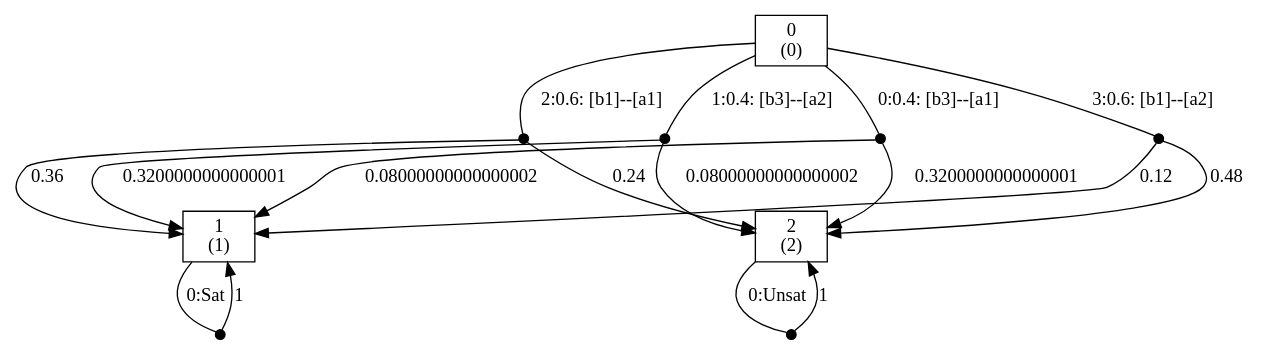
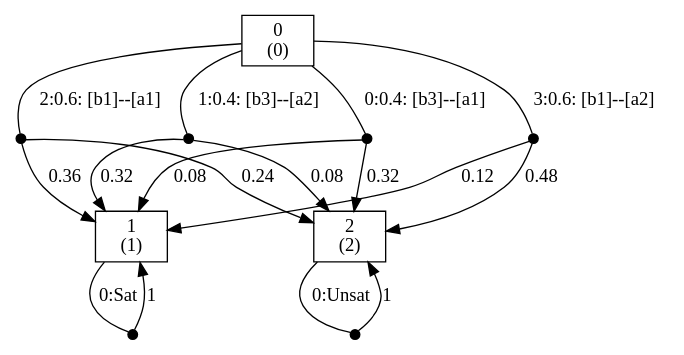
The diagram in prism-tests/functionality/export/strat/exportstrat-csg-min.prism.props.dot (prismmodelchecker/prism-games), drawn with Graphviz before and after one commit. The commit also changed 7 other files, not shown here.

```diff
--- a/prism-tests/functionality/export/strat/exportstrat-csg-min.prism.props.dot
+++ b/prism-tests/functionality/export/strat/exportstrat-csg-min.prism.props.dot
@@ -1,51 +1,51 @@
 digraph M {
 node [label="",shape="box"];
 0 [label="0\n(0)"];
 0 -> n0_0  [label="0:0.4: [b3]--[a1]",arrowhead="none"];
 n0_0 [ shape=point,width=0.1,height=0.1,label="" ];
-n0_0 -> 1 [label="0.08000000000000002"];
-n0_0 -> 2 [label="0.3200000000000001"];
+n0_0 -> 1 [label="0.08"];
+n0_0 -> 2 [label="0.32"];
 0 -> n0_1  [label="1:0.4: [b3]--[a2]",arrowhead="none"];
 n0_1 [ shape=point,width=0.1,height=0.1,label="" ];
-n0_1 -> 1 [label="0.3200000000000001"];
-n0_1 -> 2 [label="0.08000000000000002"];
+n0_1 -> 1 [label="0.32"];
+n0_1 -> 2 [label="0.08"];
 0 -> n0_2  [label="2:0.6: [b1]--[a1]",arrowhead="none"];
 n0_2 [ shape=point,width=0.1,height=0.1,label="" ];
 n0_2 -> 1 [label="0.36"];
 n0_2 -> 2 [label="0.24"];
 0 -> n0_3  [label="3:0.6: [b1]--[a2]",arrowhead="none"];
 n0_3 [ shape=point,width=0.1,height=0.1,label="" ];
 n0_3 -> 1 [label="0.12"];
 n0_3 -> 2 [label="0.48"];
 1 [label="1\n(1)"];
 1 -> n1_0  [label="0:Sat",arrowhead="none"];
 n1_0 [ shape=point,width=0.1,height=0.1,label="" ];
 n1_0 -> 1 [label="1"];
 2 [label="2\n(2)"];
 2 -> n2_0  [label="0:Unsat",arrowhead="none"];
 n2_0 [ shape=point,width=0.1,height=0.1,label="" ];
 n2_0 -> 2 [label="1"];
 }
 
 /*
  -- Transitions --  
 # Transitions (MDP)
 3 6 10
-0 0 1 0.08000000000000002 0.4: [b3]--[a1]
-0 0 2 0.3200000000000001 0.4: [b3]--[a1]
-0 1 1 0.3200000000000001 0.4: [b3]--[a2]
-0 1 2 0.08000000000000002 0.4: [b3]--[a2]
+0 0 1 0.08 0.4: [b3]--[a1]
+0 0 2 0.32 0.4: [b3]--[a1]
+0 1 1 0.32 0.4: [b3]--[a2]
+0 1 2 0.08 0.4: [b3]--[a2]
 0 2 1 0.36 0.6: [b1]--[a1]
 0 2 2 0.24 0.6: [b1]--[a1]
 0 3 1 0.12 0.6: [b1]--[a2]
 0 3 2 0.48 0.6: [b1]--[a2]
 1 0 1 1 Sat
 2 0 2 1 Unsat
 
  -- States --  
 # States
 (s)
 0:(0)
 1:(1)
 2:(2)
 */
```
